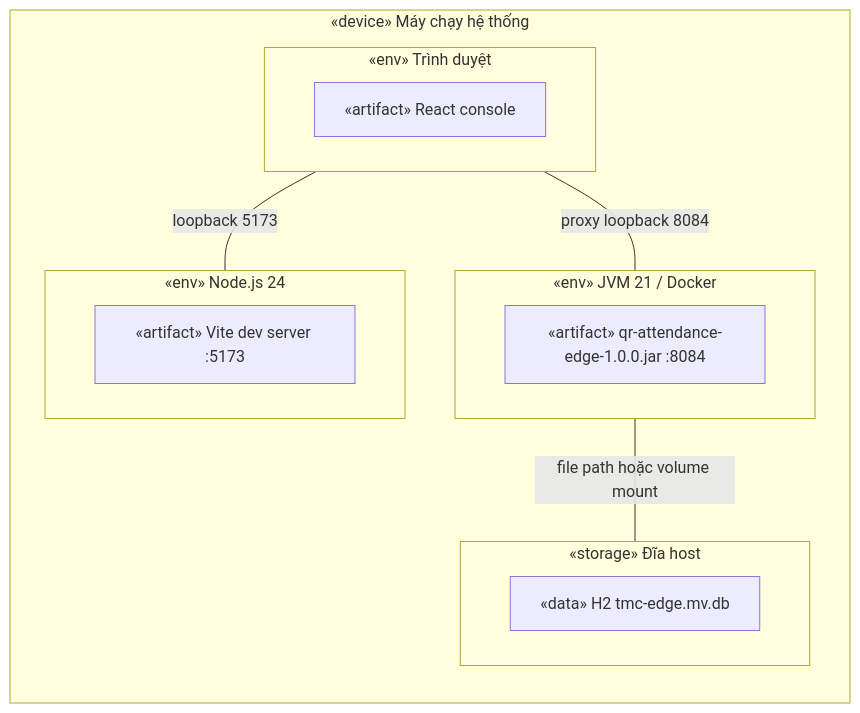
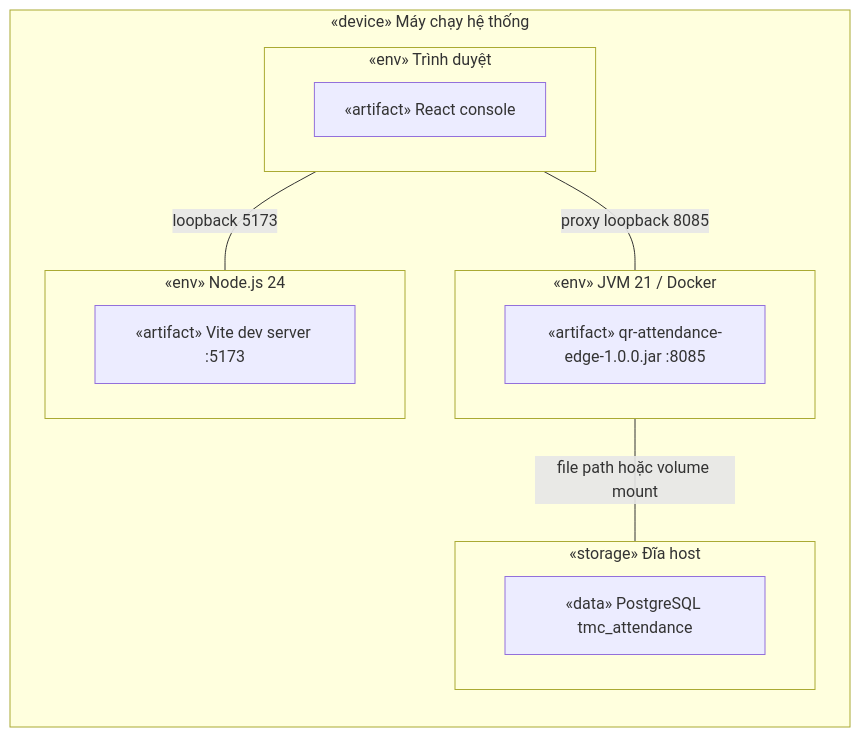
The fifth of 5 diagrams in README.md (lazy128/tmc-qr-attendance), drawn with Mermaid before and after one commit. The commit also changed other lines of this file and 76 other files, not shown here.

````diff
--- a/README.md
+++ b/README.md
@@ -302,20 +304,20 @@
 ```mermaid
 flowchart LR
   subgraph H["«device» Máy chạy hệ thống"]
     subgraph FE["«env» Node.js 24"]
       V["«artifact» Vite dev server :5173"]
     end
     subgraph B["«env» Trình duyệt"]
       UI["«artifact» React console"]
     end
     subgraph BE["«env» JVM 21 / Docker"]
-      J["«artifact» qr-attendance-edge-1.0.0.jar :8084"]
+      J["«artifact» qr-attendance-edge-1.0.0.jar :8085"]
     end
     subgraph Disk["«storage» Đĩa host"]
-      F["«data» H2 tmc-edge.mv.db"]
+      F["«data» PostgreSQL tmc_attendance"]
     end
     B ---|loopback 5173| FE
-    B ---|proxy loopback 8084| BE
+    B ---|proxy loopback 8085| BE
     BE ---|file path hoặc volume mount| Disk
   end
 ```
````
